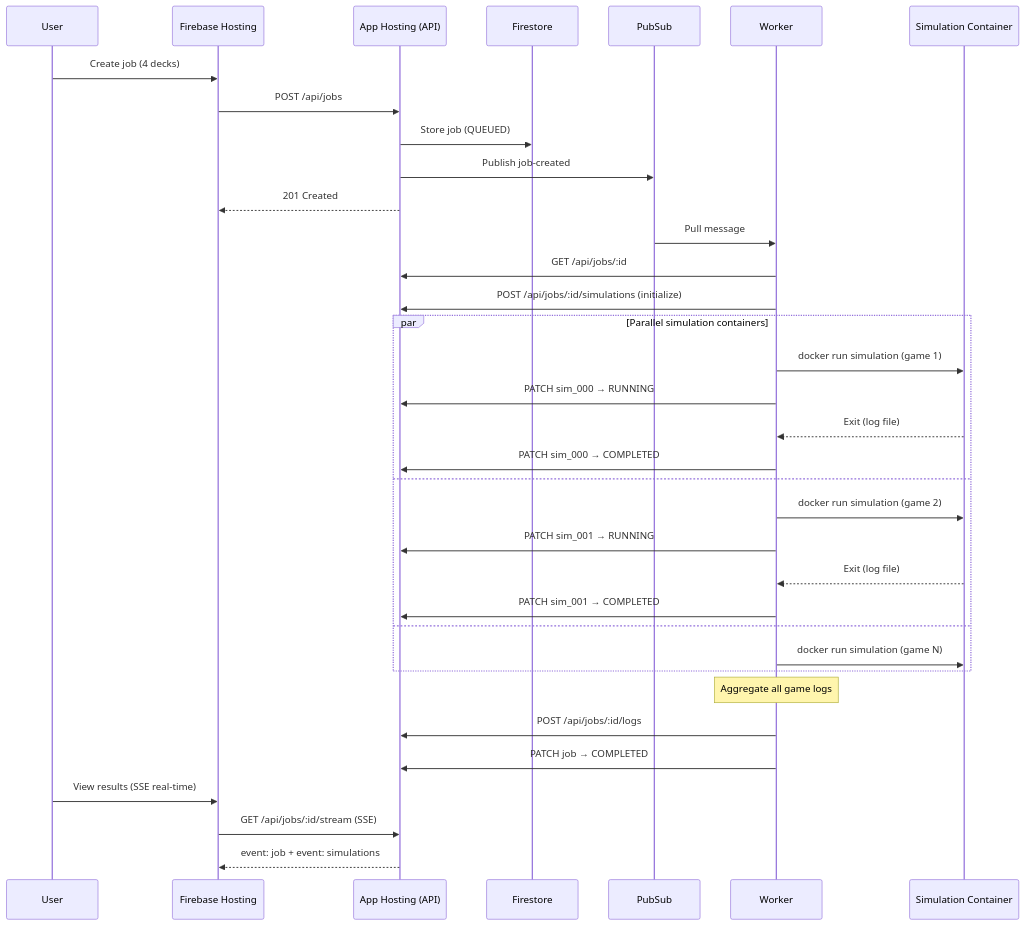
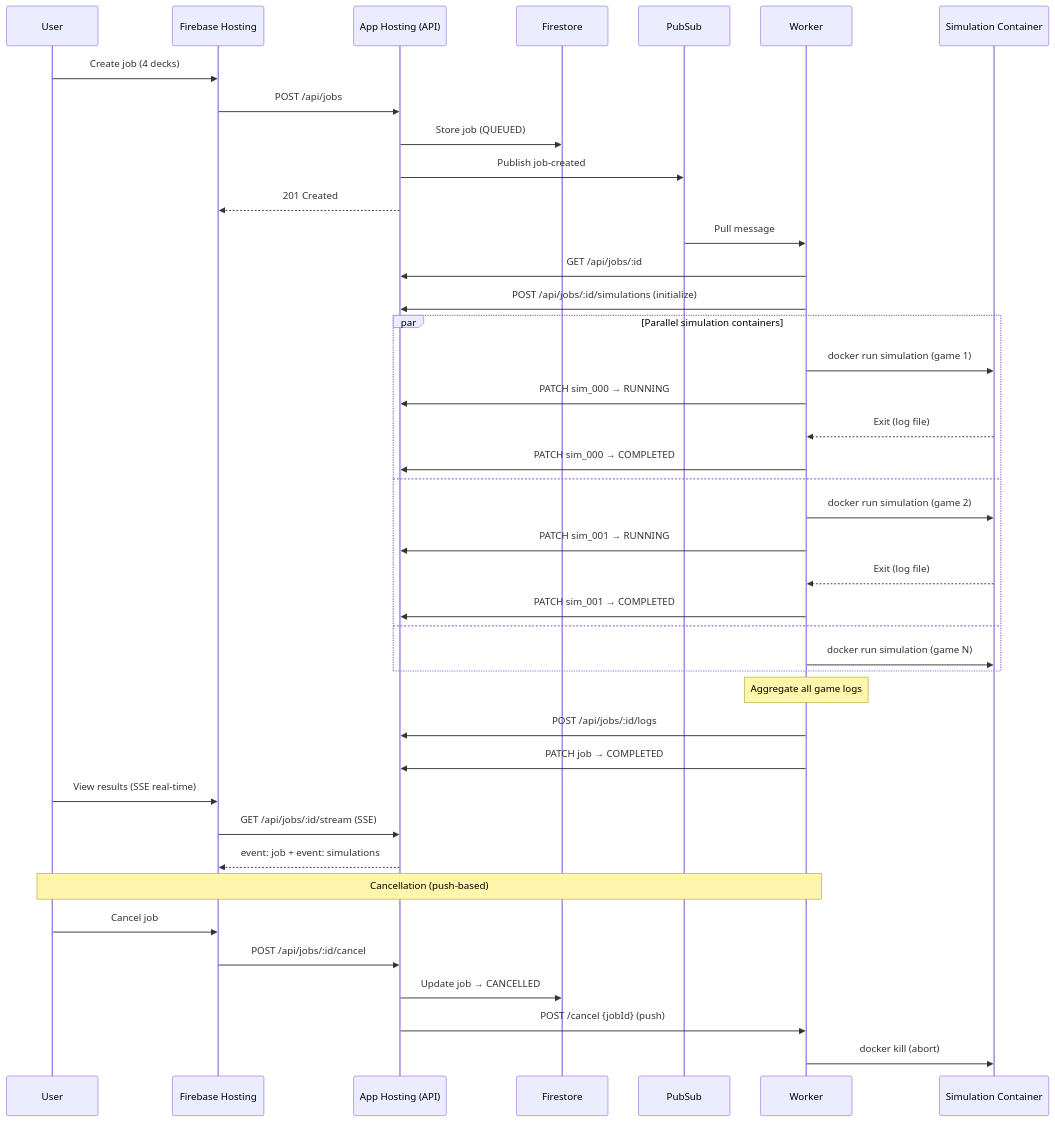
The third of 5 diagrams in docs/ARCHITECTURE.md (TytaniumDev/MagicBracketSimulator), drawn with Mermaid before and after one commit. The commit also changed other lines of this file and 18 other files, not shown here.

First line of the commit message:
Add worker HTTP API for push-based control (config, cancel, notify, drain)

````diff
--- a/docs/ARCHITECTURE.md
+++ b/docs/ARCHITECTURE.md
@@ -130,42 +131,49 @@
 ```mermaid
 sequenceDiagram
     participant User
     participant Frontend as Firebase Hosting
     participant API as App Hosting (API)
     participant Firestore
     participant PubSub
     participant Worker
     participant SimContainer as Simulation Container
 
     User->>Frontend: Create job (4 decks)
     Frontend->>API: POST /api/jobs
     API->>Firestore: Store job (QUEUED)
     API->>PubSub: Publish job-created
     API-->>Frontend: 201 Created
 
     PubSub->>Worker: Pull message
     Worker->>API: GET /api/jobs/:id
     Worker->>API: POST /api/jobs/:id/simulations (initialize)
 
     par Parallel simulation containers
         Worker->>SimContainer: docker run simulation (game 1)
         Worker->>API: PATCH sim_000 → RUNNING
         SimContainer-->>Worker: Exit (log file)
         Worker->>API: PATCH sim_000 → COMPLETED
     and
         Worker->>SimContainer: docker run simulation (game 2)
         Worker->>API: PATCH sim_001 → RUNNING
         SimContainer-->>Worker: Exit (log file)
         Worker->>API: PATCH sim_001 → COMPLETED
     and
         Worker->>SimContainer: docker run simulation (game N)
     end
 
     Note over Worker: Aggregate all game logs
     Worker->>API: POST /api/jobs/:id/logs
     Worker->>API: PATCH job → COMPLETED
 
     User->>Frontend: View results (SSE real-time)
     Frontend->>API: GET /api/jobs/:id/stream (SSE)
     API-->>Frontend: event: job + event: simulations
+
+    Note over User,Worker: Cancellation (push-based)
+    User->>Frontend: Cancel job
+    Frontend->>API: POST /api/jobs/:id/cancel
+    API->>Firestore: Update job → CANCELLED
+    API->>Worker: POST /cancel {jobId} (push)
+    Worker->>SimContainer: docker kill (abort)
 ```
````
